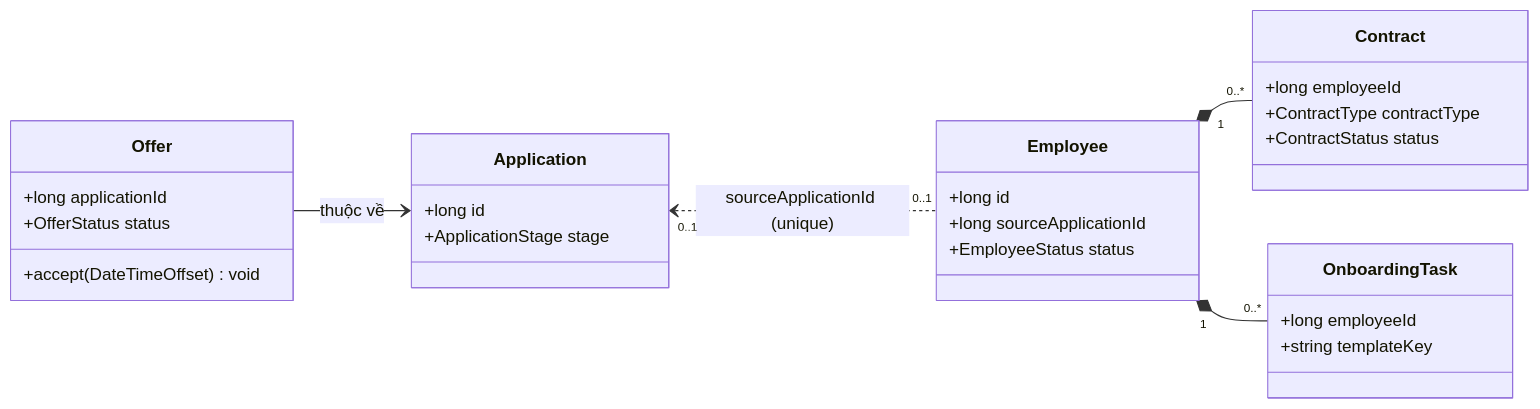
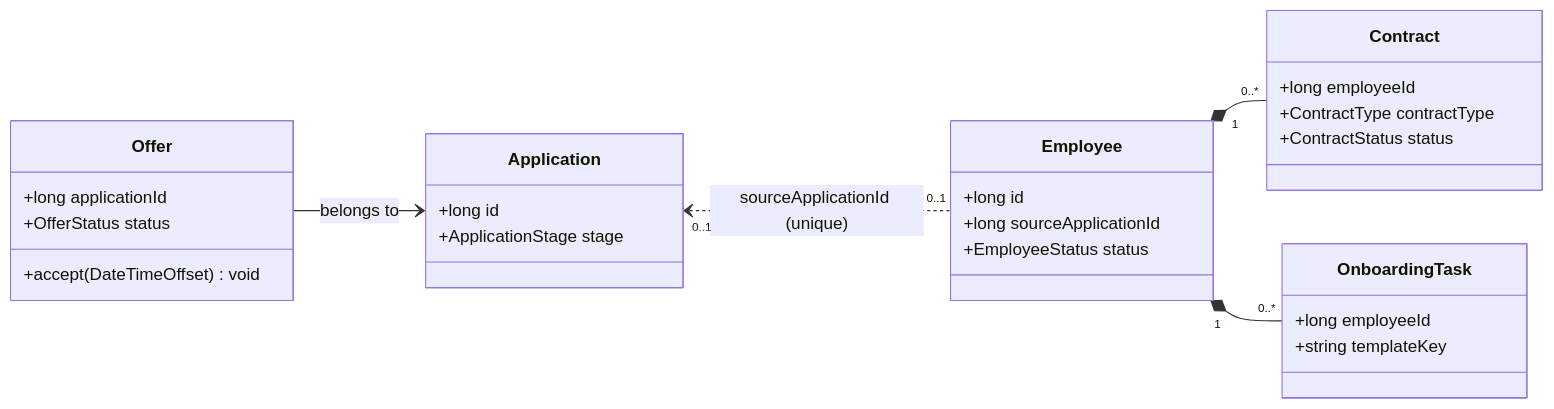
Before and after one commit to nvdat16/QLNS: the sixth of 8 diagrams in docs/class_diagrams.md, drawn with Mermaid. The commit also changed other lines of this file and 25 other files, not shown here.

````diff
--- a/docs/class_diagrams.md
+++ b/docs/class_diagrams.md
@@ -794,33 +794,33 @@
 ```mermaid
 classDiagram
     direction LR
 
     class Offer {
         +long applicationId
         +OfferStatus status
         +accept(DateTimeOffset) void
     }
     class Application {
         +long id
         +ApplicationStage stage
     }
     class Employee {
         +long id
         +long sourceApplicationId
         +EmployeeStatus status
     }
     class Contract {
         +long employeeId
         +ContractType contractType
         +ContractStatus status
     }
     class OnboardingTask {
         +long employeeId
         +string templateKey
     }
 
-    Offer --> Application : thuộc về
+    Offer --> Application : belongs to
     Application "0..1" <.. "0..1" Employee : sourceApplicationId (unique)
     Employee "1" *-- "0..*" Contract
     Employee "1" *-- "0..*" OnboardingTask
 ```
````
